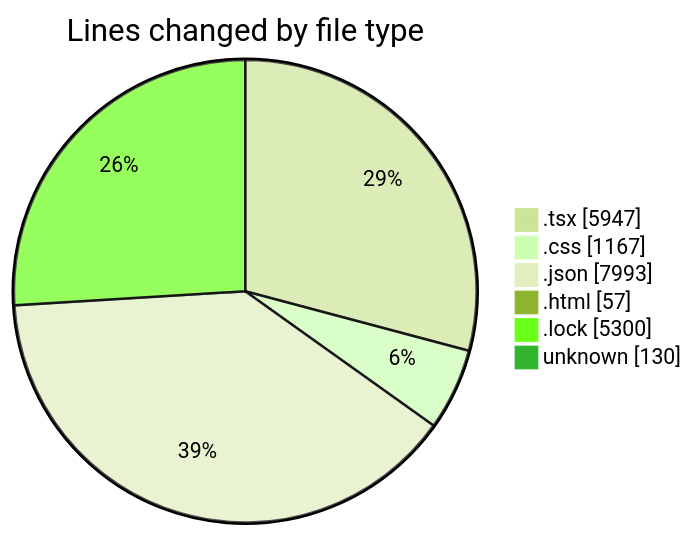
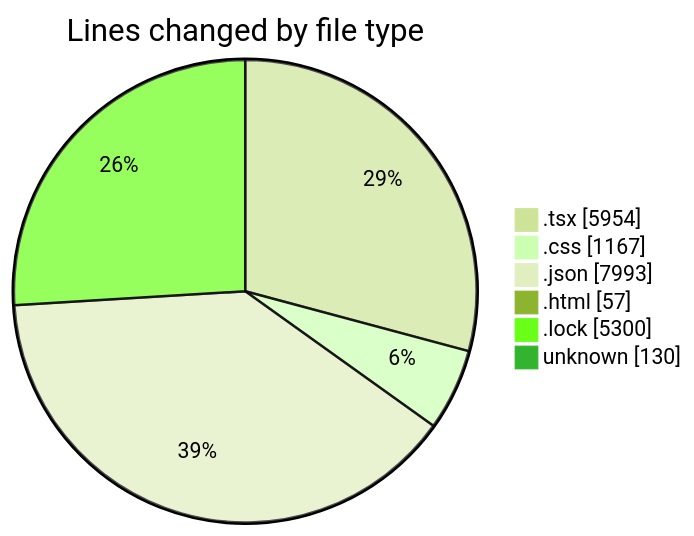
One commit to EIIisD/code-tracking changed the first of 2 diagrams in 2025-08-12/ribbon/README.md. Above: the diagram before and after it, drawn with Mermaid (forest theme). The commit also changed other lines of this file and 1 other file, not shown here.

````diff
--- a/2025-08-12/ribbon/README.md
+++ b/2025-08-12/ribbon/README.md
@@ -45,10 +45,10 @@
 ```mermaid
 pie showData
 title Lines changed by file type
-".tsx" : 5947
+".tsx" : 5954
 ".css" : 1167
 ".json" : 7993
 ".html" : 57
 ".lock" : 5300
 "unknown" : 130
 ```
````
